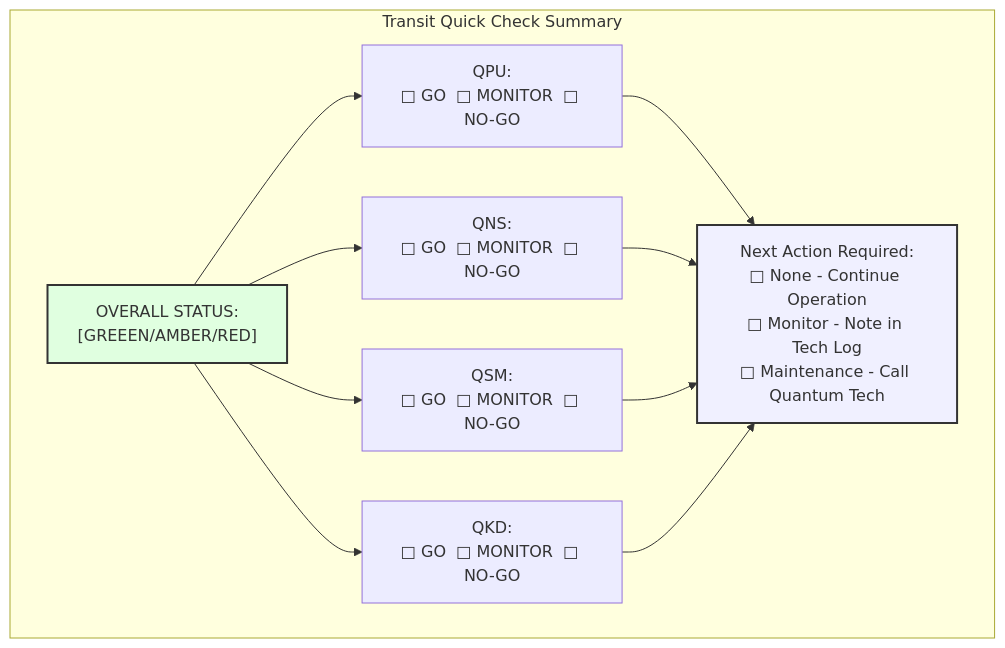
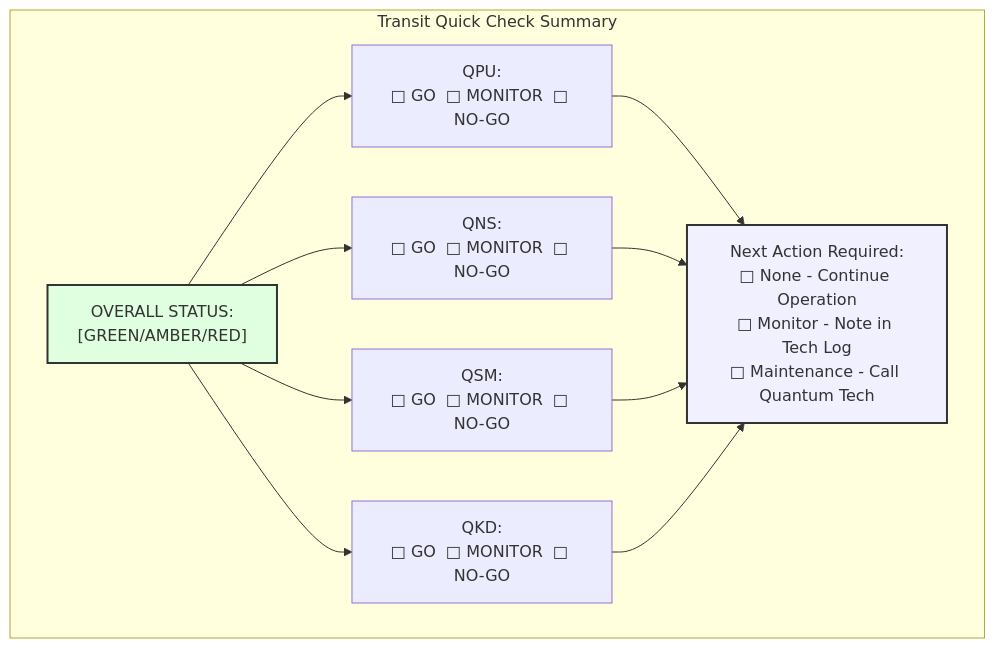
One commit to Robbbo-T/GAIA-QAO-ADVENT changed diagram 12 of 27 in Q-AIR/fleet/AMPEL360/BWBQ100/docs/ATA-chapters/ATA-00-General/ 00-40-00-00-Servicing/00-40-10-00-ServicePoints/00-40-10-03-TransitService.md. Above: the diagram before and after it, drawn with Mermaid. The commit also changed other lines of this file, not shown here.

````diff
--- a/Q-AIR/fleet/AMPEL360/BWBQ100/docs/ATA-chapters/ATA-00-General/ 00-40-00-00-Servicing/00-40-10-00-ServicePoints/00-40-10-03-TransitService.md
+++ b/Q-AIR/fleet/AMPEL360/BWBQ100/docs/ATA-chapters/ATA-00-General/ 00-40-00-00-Servicing/00-40-10-00-ServicePoints/00-40-10-03-TransitService.md
@@ -1226,25 +1226,25 @@
 ```mermaid
 flowchart TB
     subgraph Panel["Transit Quick Check Summary"]
-        STATUS["OVERALL STATUS:\n[GREEEN/AMBER/RED]"]:::status
+        STATUS["OVERALL STATUS:\n[GREEN/AMBER/RED]"]:::status
 
         QPU["QPU:\n□ GO  □ MONITOR  □ NO-GO"]
         QNS["QNS:\n□ GO  □ MONITOR  □ NO-GO"]
         QSM["QSM:\n□ GO  □ MONITOR  □ NO-GO"]
         QKD["QKD:\n□ GO  □ MONITOR  □ NO-GO"]
 
         ACTION["Next Action Required:\n□ None - Continue Operation\n□ Monitor - Note in Tech Log\n□ Maintenance - Call Quantum Tech"]:::action
     end
 
     STATUS --> QPU
     STATUS --> QNS
     STATUS --> QSM
     STATUS --> QKD
     QPU --> ACTION
     QNS --> ACTION
     QSM --> ACTION
     QKD --> ACTION
 
     classDef status fill:#e0ffe0,stroke:#333,stroke-width:2px
     classDef action fill:#f0f0ff,stroke:#333,stroke-width:2px
 ```
````
